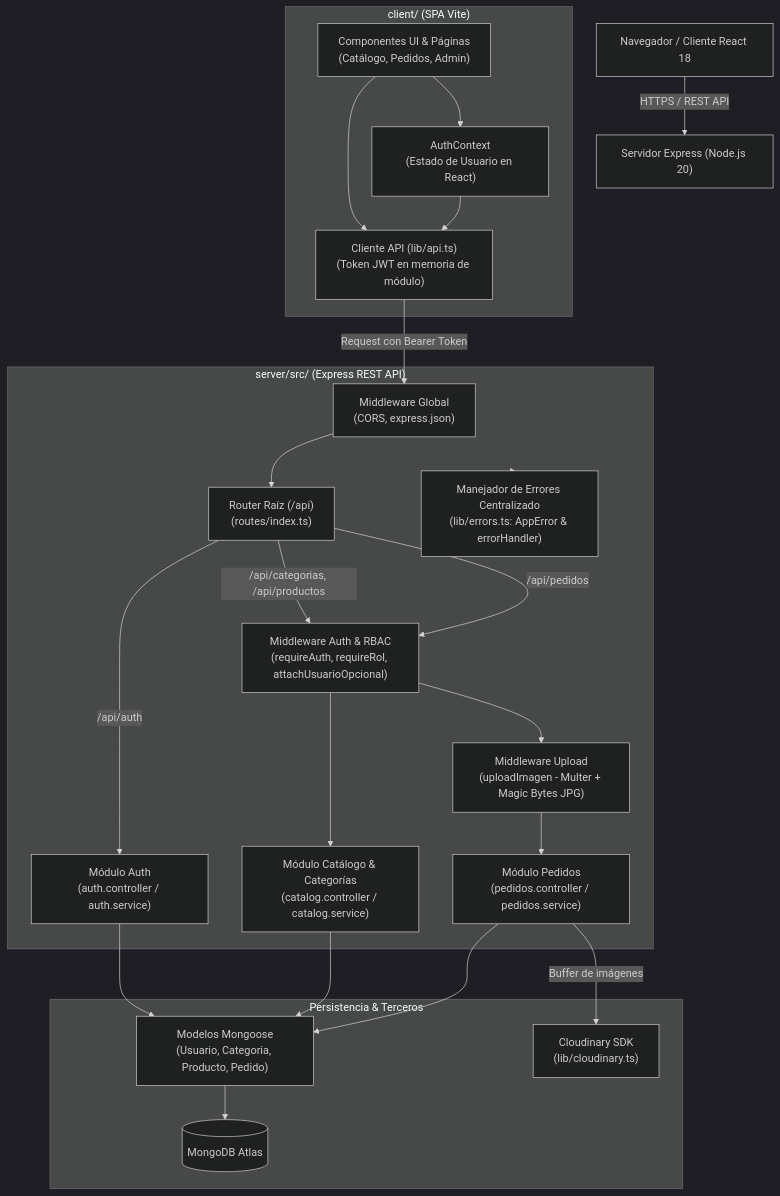
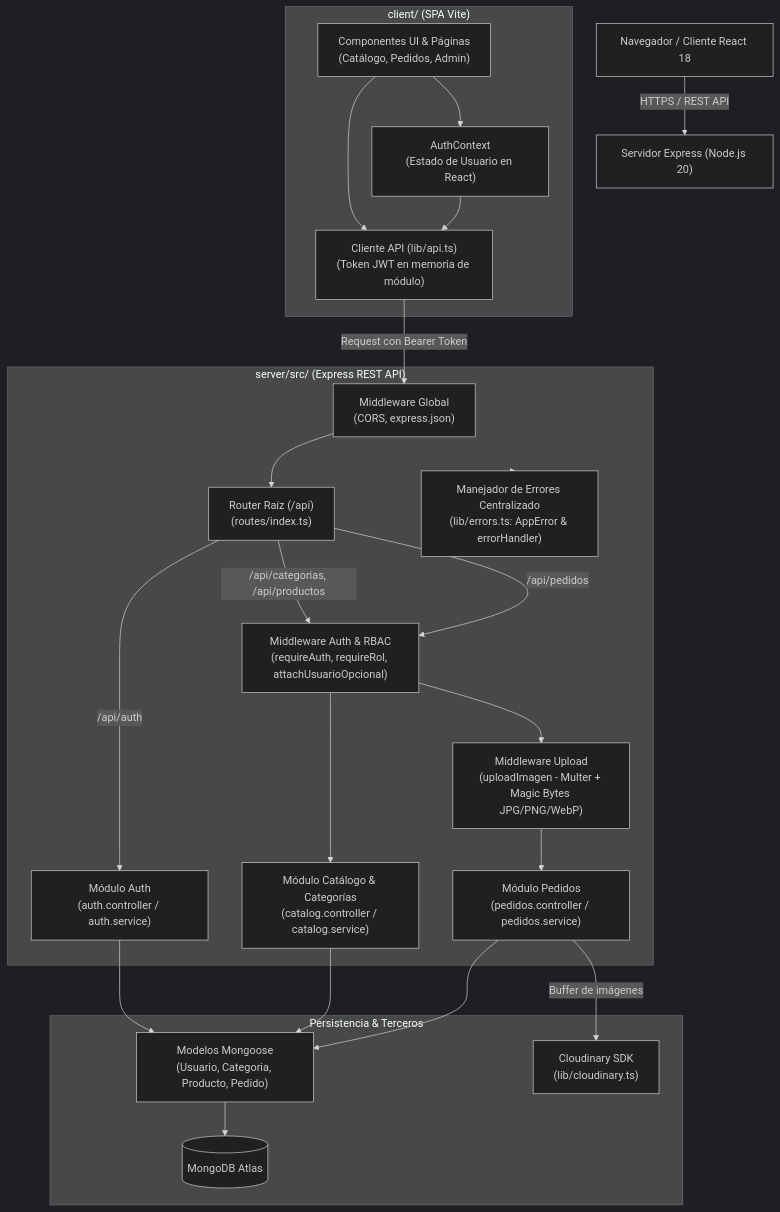
The first of 2 diagrams in ARCHITECTURE.md (trbureiyan/taju.platform), drawn with Mermaid (dark theme) before and after one commit. The commit also changed other lines of this file and 106 other files, not shown here.

````diff
--- a/ARCHITECTURE.md
+++ b/ARCHITECTURE.md
@@ -47,48 +47,48 @@
 ```mermaid
 graph TD
     Browser["Navegador / Cliente React 18"] -->|"HTTPS / REST API"| Server["Servidor Express (Node.js 20)"]
 
     subgraph Client ["client/ (SPA Vite)"]
         UI["Componentes UI & Páginas\n(Catálogo, Pedidos, Admin)"]
         AuthCtx["AuthContext\n(Estado de Usuario en React)"]
         ApiClient["Cliente API (lib/api.ts)\n(Token JWT en memoria de módulo)"]
         UI --> AuthCtx
         UI --> ApiClient
         AuthCtx --> ApiClient
     end
 
     subgraph ServerApp ["server/src/ (Express REST API)"]
         GlobalMW["Middleware Global\n(CORS, express.json)"]
         RoutesRoot["Router Raíz (/api)\n(routes/index.ts)"]
         
         AuthMW["Middleware Auth & RBAC\n(requireAuth, requireRol, attachUsuarioOpcional)"]
-        UploadMW["Middleware Upload\n(uploadImagen - Multer + Magic Bytes JPG)"]
+        UploadMW["Middleware Upload\n(uploadImagen - Multer + Magic Bytes JPG/PNG/WebP)"]
         
         ModAuth["Módulo Auth\n(auth.controller / auth.service)"]
         ModCatalog["Módulo Catálogo & Categorías\n(catalog.controller / catalog.service)"]
         ModPedidos["Módulo Pedidos\n(pedidos.controller / pedidos.service)"]
         
         ErrorMW["Manejador de Errores Centralizado\n(lib/errors.ts: AppError & errorHandler)"]
     end
 
     subgraph Persistence ["Persistencia & Terceros"]
         Models["Modelos Mongoose\n(Usuario, Categoria, Producto, Pedido)"]
         MongoAtlas[("MongoDB Atlas")]
         CloudinaryAPI["Cloudinary SDK\n(lib/cloudinary.ts)"]
     end
 
     ApiClient -->|"Request con Bearer Token"| GlobalMW
     GlobalMW --> RoutesRoot
     
     RoutesRoot -->|"/api/auth"| ModAuth
     RoutesRoot -->|"/api/categorias, /api/productos"| AuthMW --> ModCatalog
     RoutesRoot -->|"/api/pedidos"| AuthMW --> UploadMW --> ModPedidos
     
     ModAuth --> Models
     ModCatalog --> Models
     ModPedidos --> Models
     ModPedidos -->|"Buffer de imágenes"| CloudinaryAPI
     
     Models --> MongoAtlas
     ServerApp -.-> ErrorMW
 ```
````
